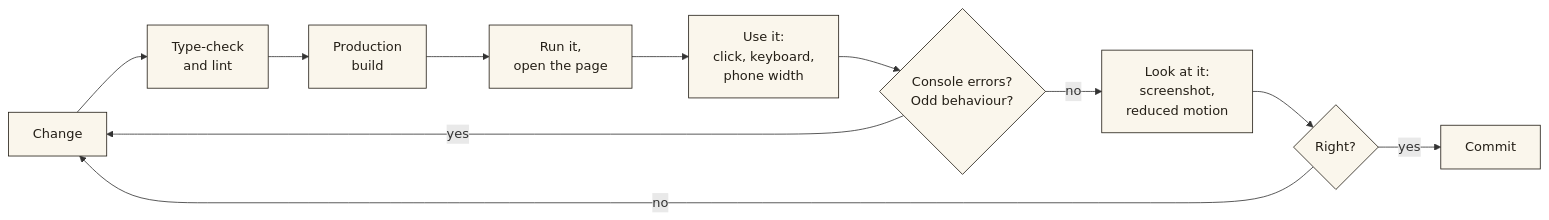
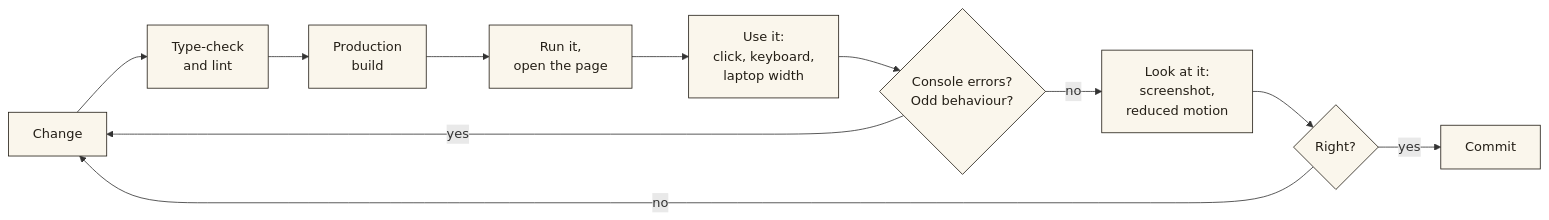
The diagram in docs/DEVELOPMENT.md (varunaditya27/BHAARATA), drawn with Mermaid before and after one commit. The commit also changed 8 other files, not shown here.

````diff
--- a/docs/DEVELOPMENT.md
+++ b/docs/DEVELOPMENT.md
@@ -77,16 +77,16 @@
 ```mermaid
 flowchart LR
     A["Change"] --> B["Type-check<br/>and lint"]
     B --> C["Production<br/>build"]
     C --> D["Run it,<br/>open the page"]
-    D --> E["Use it:<br/>click, keyboard,<br/>phone width"]
+    D --> E["Use it:<br/>click, keyboard,<br/>laptop width"]
     E --> F{"Console errors?<br/>Odd behaviour?"}
     F -- "yes" --> A
     F -- "no" --> G["Look at it:<br/>screenshot,<br/>reduced motion"]
     G --> H{"Right?"}
     H -- "no" --> A
     H -- "yes" --> I["Commit"]
 
     classDef node fill:#faf6ec,stroke:#241f17,color:#241f17;
     class A,B,C,D,E,F,G,H,I node;
 ```
````
